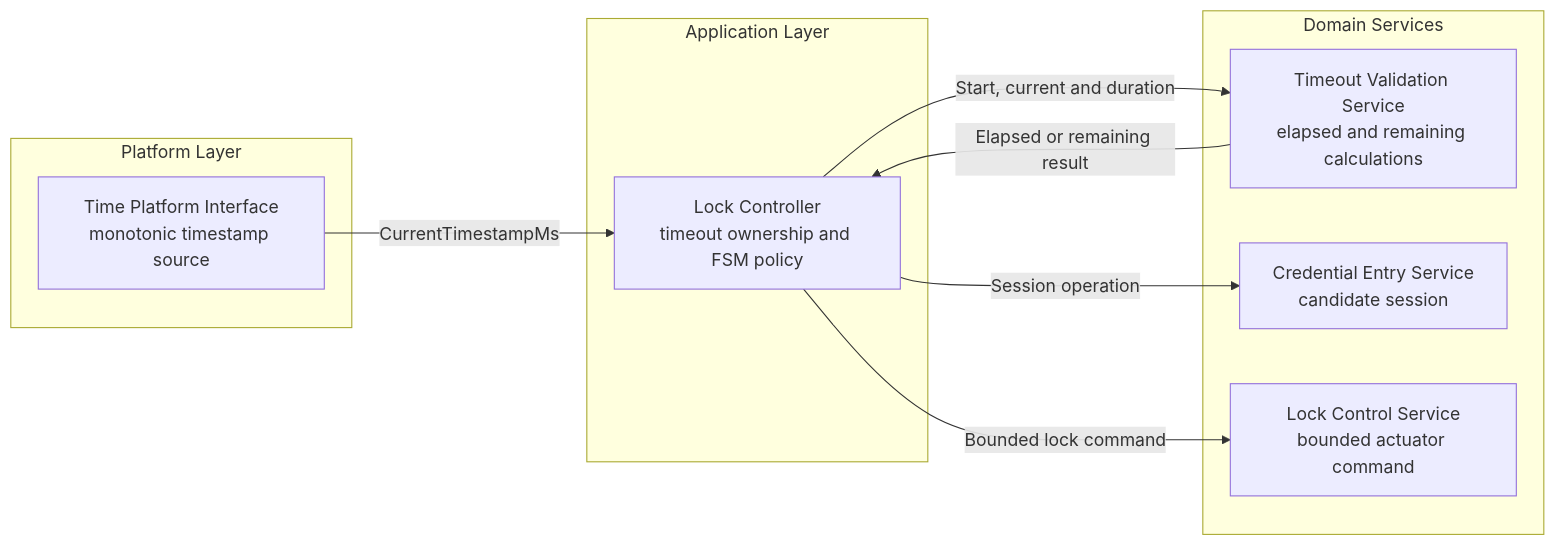
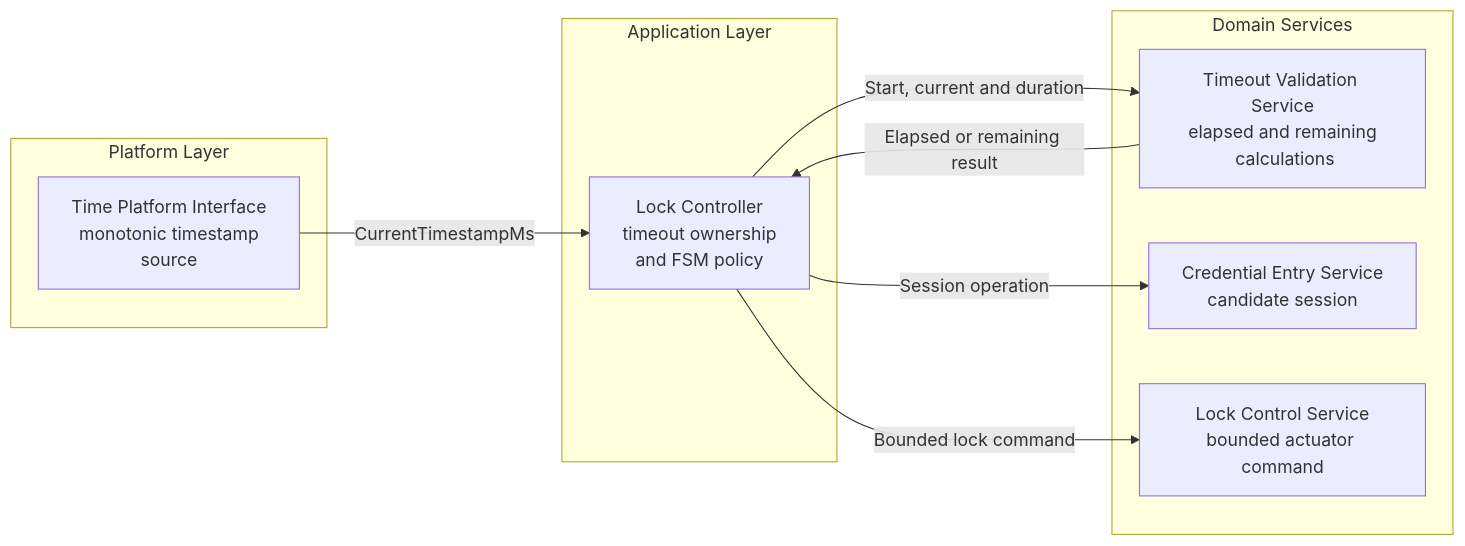
One commit to JP-REY/STM32F103C8T6-Based-Electronic-Lock changed the first of 3 diagrams in Libs/Services/Timeout_Validation/README.md. Above: the diagram before and after it, drawn with Mermaid. The commit also changed 9 other files, not shown here.

````diff
--- a/Libs/Services/Timeout_Validation/README.md
+++ b/Libs/Services/Timeout_Validation/README.md
@@ -116,22 +116,22 @@
 ```mermaid
 flowchart LR
     subgraph PLATFORM["Platform Layer"]
-        TIME["Time Platform Interface<br/>monotonic timestamp source"]
+        TIME["Time Platform Interface<br/>monotonic timestamp<br/> source"]
     end
 
     subgraph APP["Application Layer"]
-        CTRL["Lock Controller<br/>timeout ownership and FSM policy"]
+        CTRL["Lock Controller<br/>timeout ownership<br/> and FSM policy"]
     end
 
     subgraph SERVICES["Domain Services"]
-        TVS["Timeout Validation Service<br/>elapsed and remaining calculations"]
+        TVS["Timeout Validation Service<br/>elapsed and remaining<br/> calculations"]
         CES["Credential Entry Service<br/>candidate session"]
         LCS["Lock Control Service<br/>bounded actuator command"]
     end
 
     TIME -->|"CurrentTimestampMs"| CTRL
     CTRL -->|"Start, current and duration"| TVS
     TVS -->|"Elapsed or remaining result"| CTRL
     CTRL -->|"Session operation"| CES
     CTRL -->|"Bounded lock command"| LCS
 ```
````
